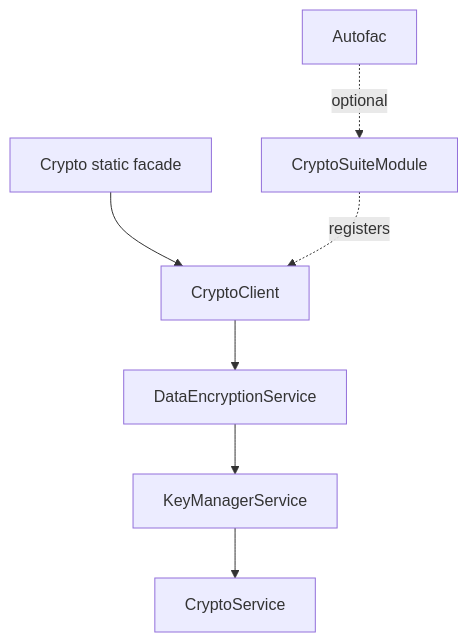
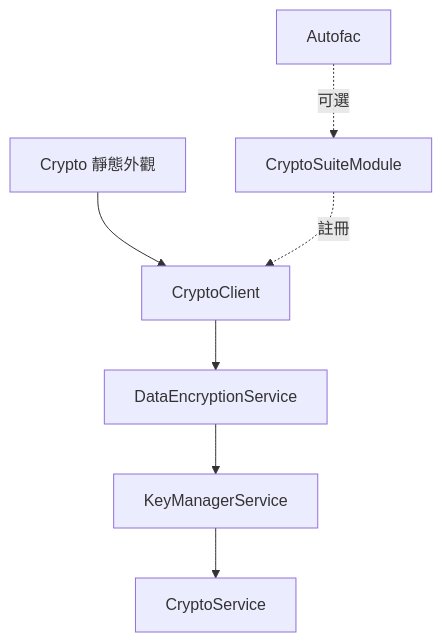
The diagram in docs/ARCHITECTURE.md (rexmax1018/B2B.CryptoLib), drawn with Mermaid before and after one commit. The commit also changed other lines of this file and 65 other files, not shown here.

````diff
--- a/docs/ARCHITECTURE.md
+++ b/docs/ARCHITECTURE.md
@@ -19,9 +17,9 @@
 ```mermaid
 flowchart TD
-    C[Crypto static facade] --> CC[CryptoClient]
+    C[Crypto 靜態外觀] --> CC[CryptoClient]
     CC --> DES[DataEncryptionService]
     DES --> KM[KeyManagerService]
     KM --> CS[CryptoService]
-    AF[Autofac] -. optional .-> MOD[CryptoSuiteModule]
-    MOD -. registers .-> CC
+    AF[Autofac] -. 可選 .-> MOD[CryptoSuiteModule]
+    MOD -. 註冊 .-> CC
 ```
````
